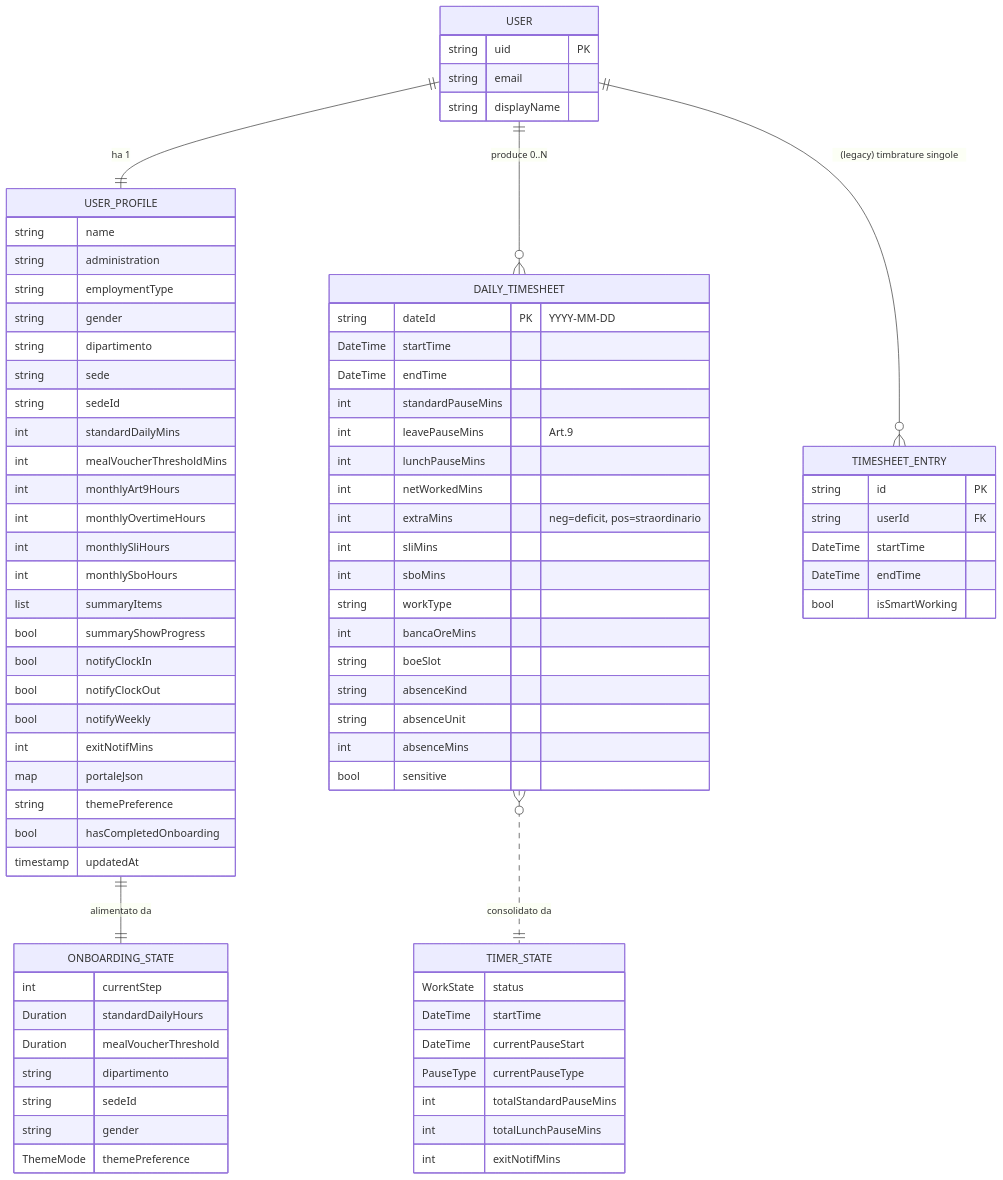
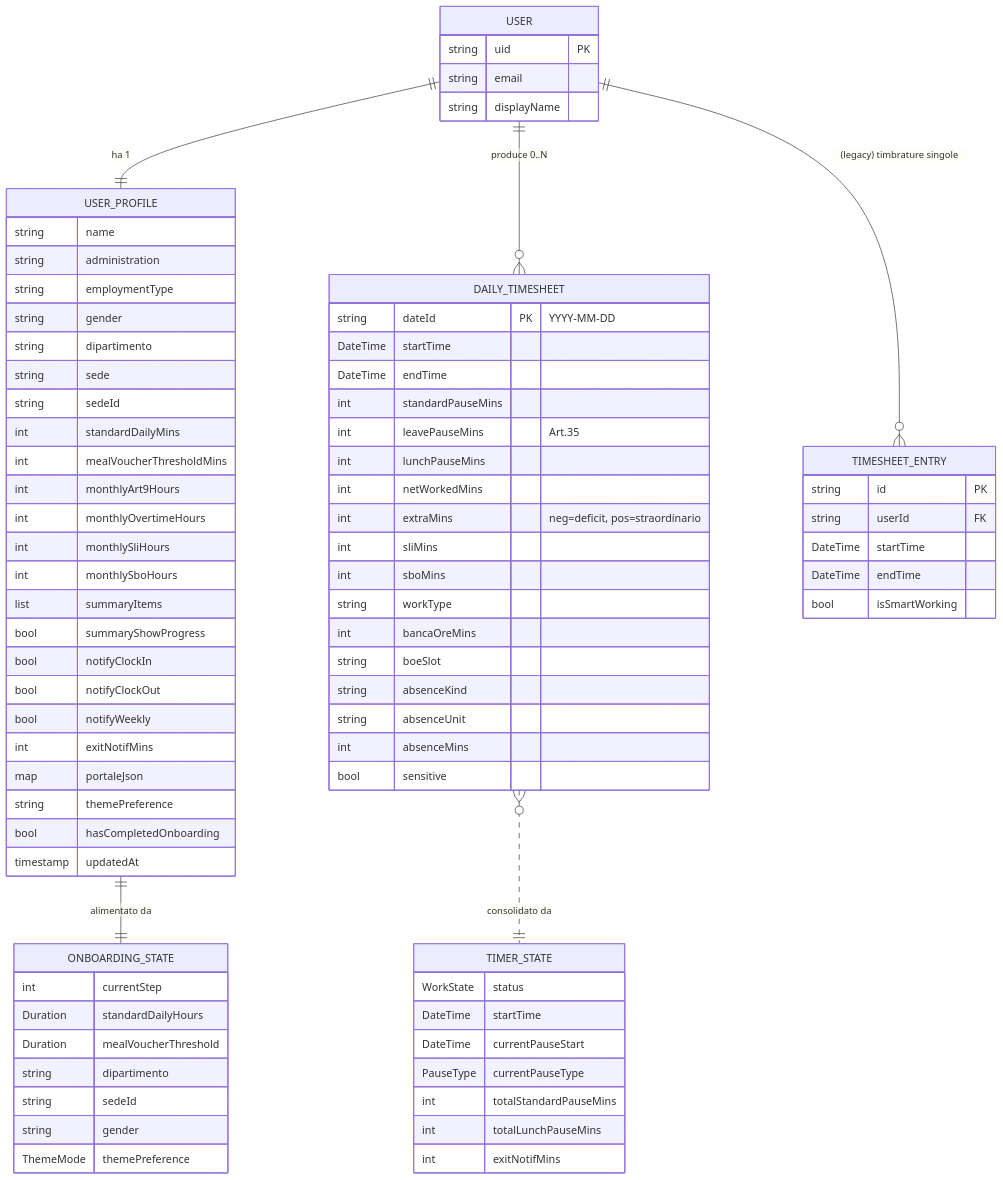
Before and after one commit to marcocipriani/chigio_time: the diagram in docs/entita/README.md, drawn with Mermaid. The commit also changed 20 other files, not shown here.

```diff
--- a/docs/entita/README.md
+++ b/docs/entita/README.md
@@ -60,7 +60,7 @@
         DateTime startTime
         DateTime endTime
         int standardPauseMins
-        int leavePauseMins "Art.9"
+        int leavePauseMins "Art.35"
         int lunchPauseMins
         int netWorkedMins
         int extraMins "neg=deficit, pos=straordinario"
```
